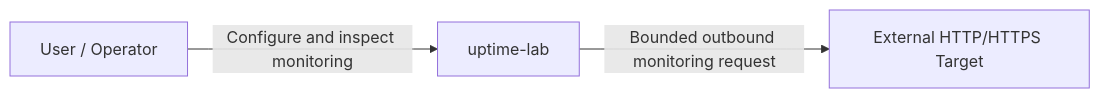
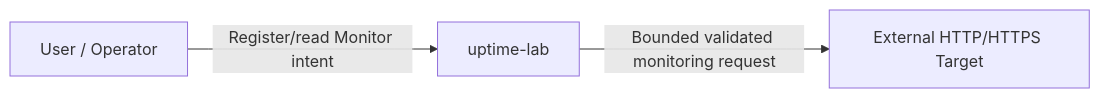
Before and after one commit to kefyusuf/uptime-lab: the diagram in docs/architecture/system-context.md, drawn with Mermaid. The commit also changed other lines of this file and 94 other files, not shown here.

````diff
--- a/docs/architecture/system-context.md
+++ b/docs/architecture/system-context.md
@@ -37,9 +53,9 @@
 ```mermaid
 flowchart LR
     User[User / Operator]
     System[uptime-lab]
     Target[External HTTP/HTTPS Target]
 
-    User -->|Configure and inspect monitoring| System
-    System -->|Bounded outbound monitoring request| Target
+    User -->|Register/read Monitor intent| System
+    System -->|Bounded validated monitoring request| Target
 ```
````
